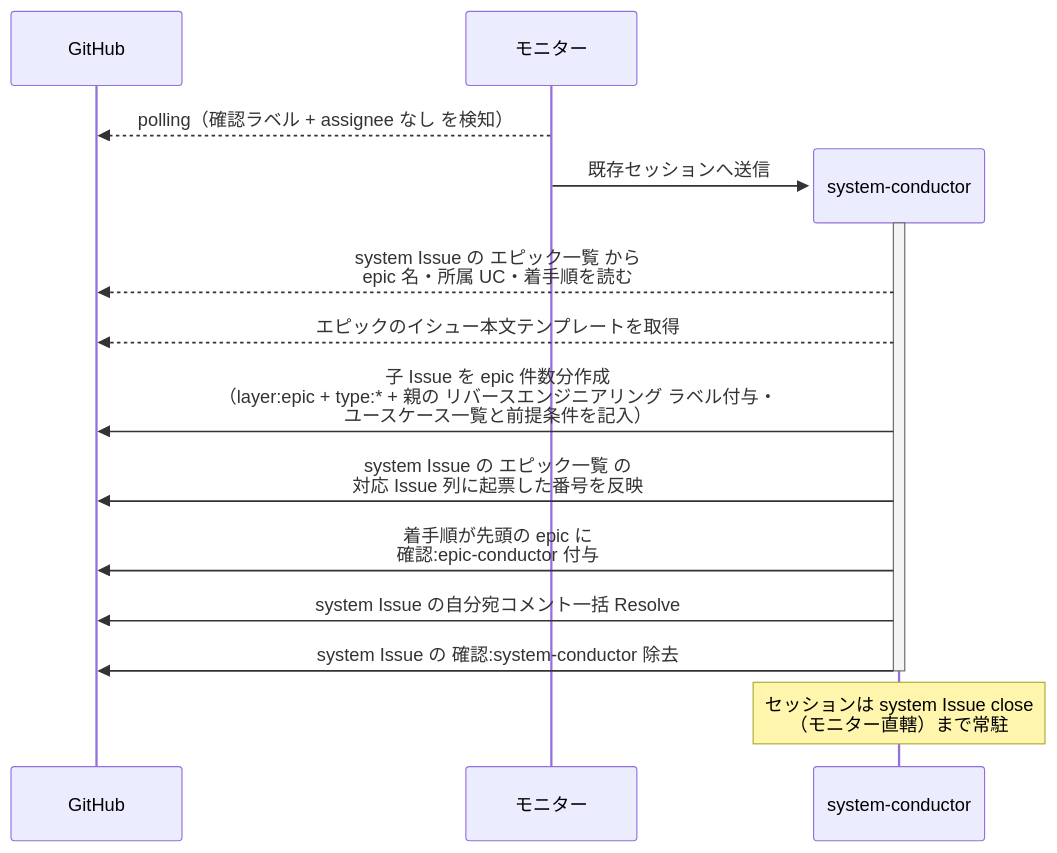
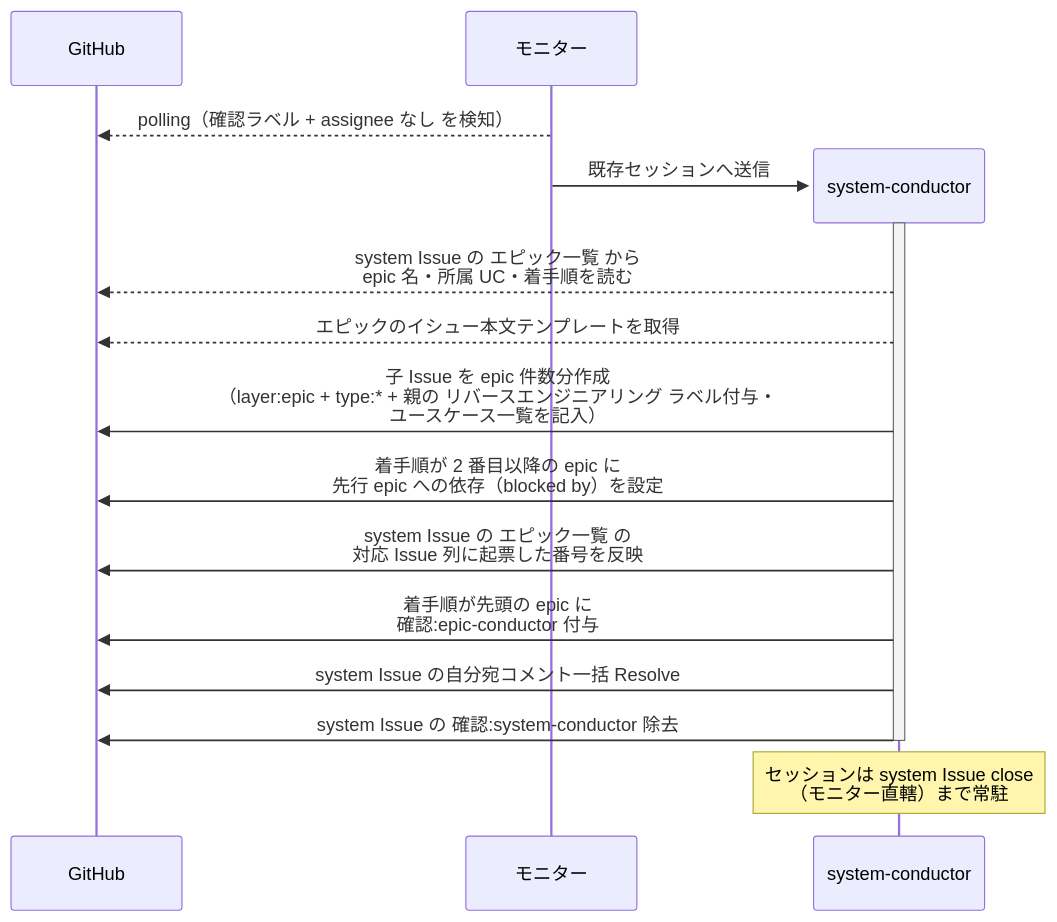
One commit to shuhei1101/ai-monitor changed the diagram in docs/wiki/設計図/シナリオ/単一ユースケース/子epic起票.md. Above: the diagram before and after it, drawn with Mermaid. The commit also changed other lines of this file and 49 other files, not shown here.

````diff
--- a/docs/wiki/設計図/シナリオ/単一ユースケース/子epic起票.md
+++ b/docs/wiki/設計図/シナリオ/単一ユースケース/子epic起票.md
@@ -31,19 +31,20 @@
 ```mermaid
 sequenceDiagram
   participant GH as GitHub
   participant ORC as モニター
 
   ORC-->>GH: polling（確認ラベル + assignee なし を検知）
   create participant MON as system-conductor
   ORC->>MON: 既存セッションへ送信
   activate MON
   MON-->>GH: system Issue の エピック一覧 から<br>epic 名・所属 UC・着手順を読む
   MON-->>GH: エピックのイシュー本文テンプレートを取得
-  MON->>GH: 子 Issue を epic 件数分作成<br>（layer:epic + type:* + 親の リバースエンジニアリング ラベル付与・<br>ユースケース一覧と前提条件を記入）
+  MON->>GH: 子 Issue を epic 件数分作成<br>（layer:epic + type:* + 親の リバースエンジニアリング ラベル付与・<br>ユースケース一覧を記入）
+  MON->>GH: 着手順が 2 番目以降の epic に<br>先行 epic への依存（blocked by）を設定
   MON->>GH: system Issue の エピック一覧 の<br>対応 Issue 列に起票した番号を反映
   MON->>GH: 着手順が先頭の epic に<br>確認:epic-conductor 付与
   MON->>GH: system Issue の自分宛コメント一括 Resolve
   MON->>GH: system Issue の 確認:system-conductor 除去
   deactivate MON
   Note over MON: セッションは system Issue close<br>（モニター直轄）まで常駐
 ```
````
